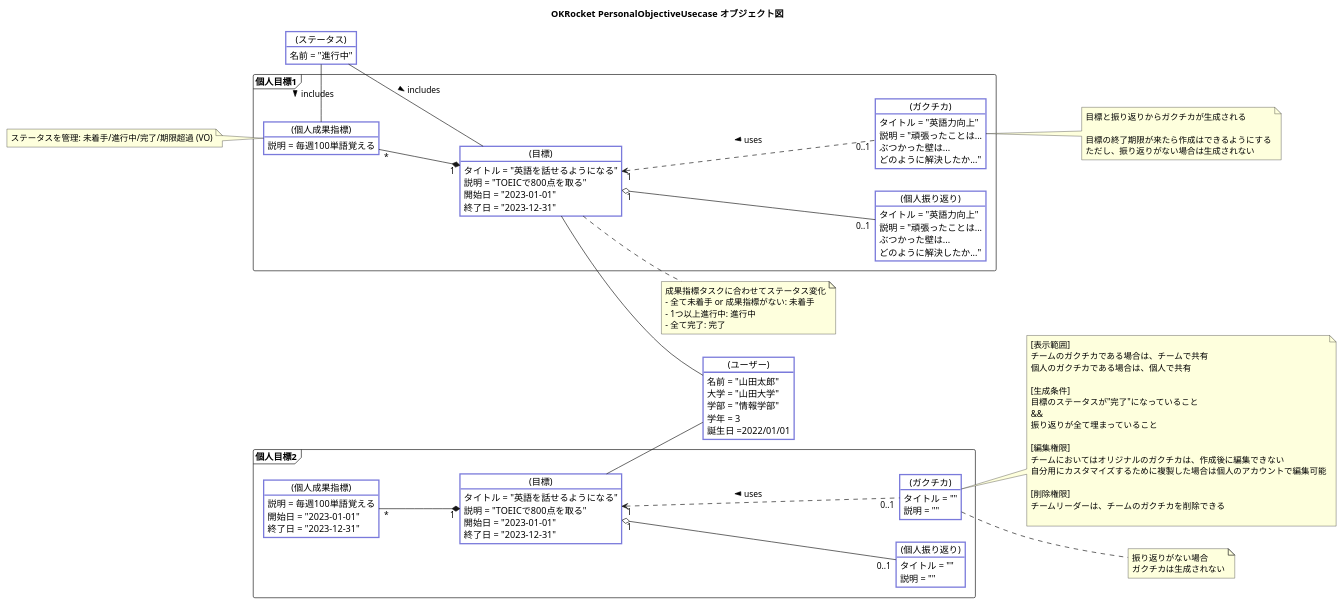
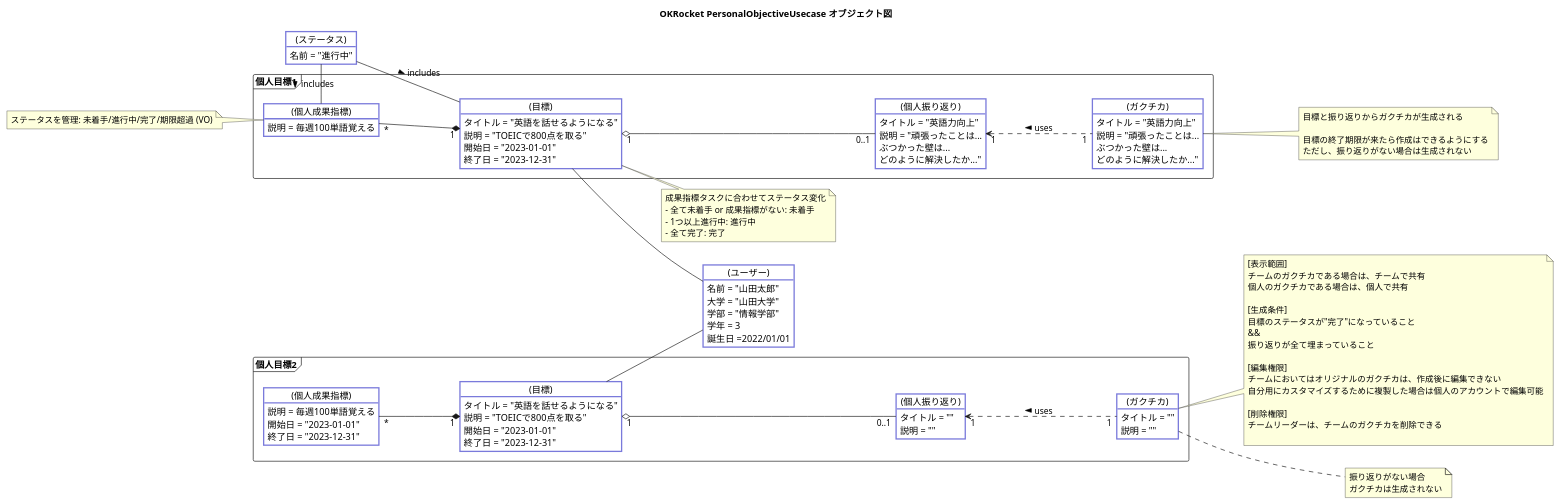
The diagram in docs/3-object/PersonalObjectiveUsease.pu (Yuma-Tsukakoshi/OKRocket), drawn with PlantUML before and after one commit. The commit also changed 9 other files, not shown here.

```diff
--- a/docs/3-object/PersonalObjectiveUsease.pu
+++ b/docs/3-object/PersonalObjectiveUsease.pu
@@ -1,127 +1,127 @@
 @startuml
 title OKRocket PersonalObjectiveUsecase オブジェクト図
 
 left to right direction
 
 skinparam object {
   BackgroundColor #ffffff
   BorderColor #7a7adb
   FontColor #000000
   BorderThickness 2
 }
 
 object "(ユーザー)" as User {
   名前 = "山田太郎"
   大学 = "山田大学"
   学部 = "情報学部"
   学年 = 3
   誕生日 =2022/01/01
 }
 
 
 frame "個人目標1" as ObjectiveFrame1 {
   object "(目標)" as Objective1 {
     タイトル = "英語を話せるようになる"
     説明 = "TOEICで800点を取る"
     開始日 = "2023-01-01"
     終了日 = "2023-12-31"
   }
 
   object "(個人振り返り)" as Reflection1 {
     タイトル = "英語力向上"
     説明 = "頑張ったことは...\nぶつかった壁は...\nどのように解決したか..."
   }
 
   object "(ガクチカ)" as Gakutika1 {
     タイトル = "英語力向上"
     説明 = "頑張ったことは...\nぶつかった壁は...\nどのように解決したか..."
   }
 
   object "(個人成果指標)" as KeyResult1 {
     説明 = 毎週100単語覚える
   }
 }
 
 frame "個人目標2" as ObjectiveFrame2 {
   object "(目標)" as Objective2 {
     タイトル = "英語を話せるようになる"
     説明 = "TOEICで800点を取る"
     開始日 = "2023-01-01"
     終了日 = "2023-12-31"
   }
 
   object "(個人振り返り)" as Reflection2 {
     タイトル = ""
     説明 = ""
   }
 
   object "(ガクチカ)" as Gakutika2 {
     タイトル = ""
     説明 = ""
   }
 
   object "(個人成果指標)" as KeyResult2 {
     説明 = 毎週100単語覚える
     開始日 = "2023-01-01"
     終了日 = "2023-12-31"
   }
 }
 
 
 object "(ステータス)" as Status {
   名前 = "進行中"
 }
 Status - KeyResult1 : includes >
 note left of KeyResult1
   ステータスを管理: 未着手/進行中/完了/期限超過 (VO)
 end note
 
 Status - Objective1 : includes >
 note right of Objective1
   成果指標タスクに合わせてステータス変化
   - 全て未着手 or 成果指標がない: 未着手
   - 1つ以上進行中: 進行中
   - 全て完了: 完了
 end note
 
 Objective1 -down- User
 Objective2 -down- User
 
 Objective1 "1" *-up- "*"  KeyResult1
 Objective1 "1" o---"0..1" Reflection1
-Objective1 "1" <..."0..1" Gakutika1 : uses <
+Reflection1 "1" <..."1" Gakutika1 : uses <
 note right of Gakutika1
   目標と振り返りからガクチカが生成される
 
   目標の終了期限が来たら作成はできるようにする
   ただし、振り返りがない場合は生成されない
 end note
 
 note right of Gakutika2
   [表示範囲]
   チームのガクチカである場合は、チームで共有
   個人のガクチカである場合は、個人で共有
 
   [生成条件]
   目標のステータスが"完了"になっていること 
   &&
   振り返りが全て埋まっていること
 
   [編集権限]
   チームにおいてはオリジナルのガクチカは、作成後に編集できない
   自分用にカスタマイズするために複製した場合は個人のアカウントで編集可能
   
   [削除権限]
   チームリーダーは、チームのガクチカを削除できる
 
 end note
 
 Objective2 "1" *-up- "*"  KeyResult2
 Objective2 "1" o---"0..1" Reflection2
-Objective2 "1" <..."0..1" Gakutika2 : uses <
+Reflection2 "1" <..."1" Gakutika2 : uses <
 note right of Gakutika2
   振り返りがない場合
   ガクチカは生成されない
 end note
 
 @enduml
```
